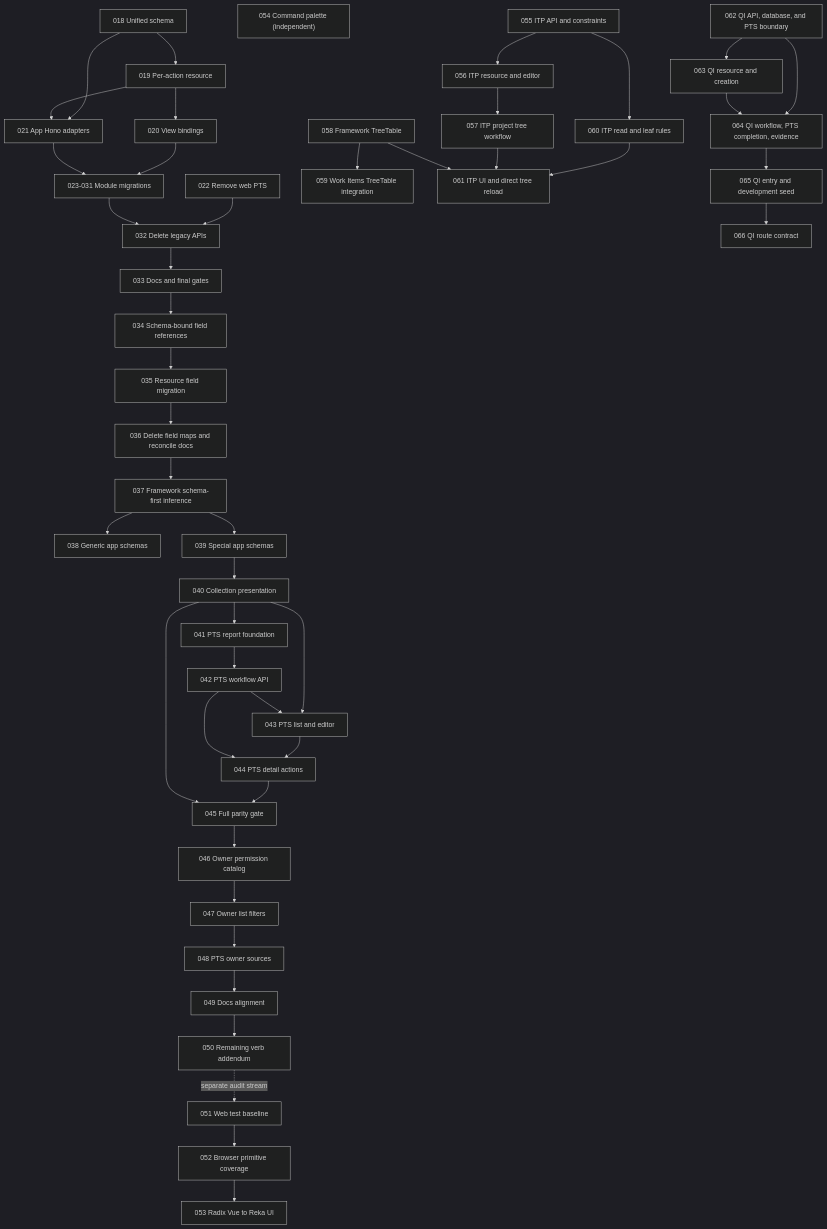
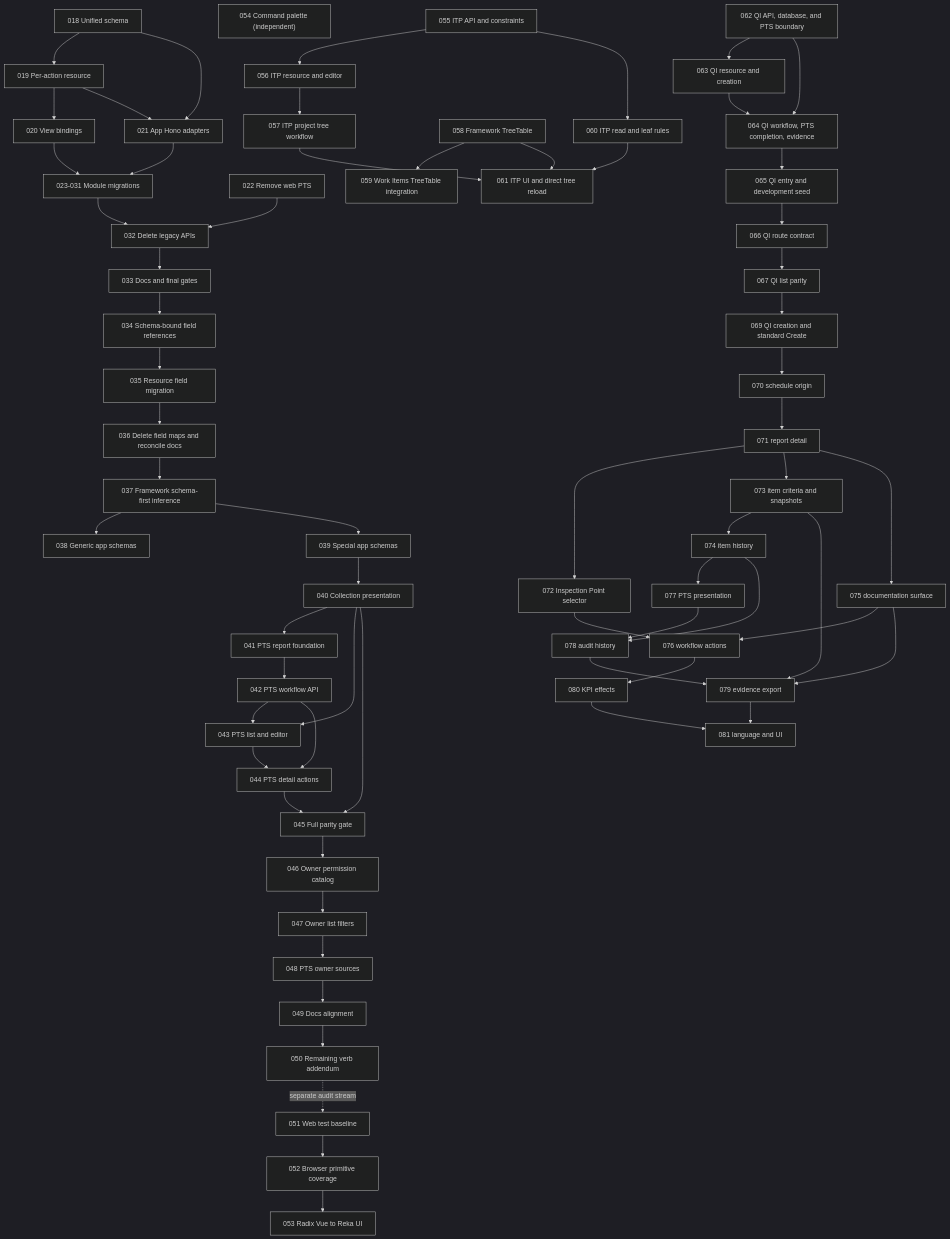
The diagram in plans/README.md (southneuhof/carta), drawn with Mermaid (dark theme) before and after one commit. The commit also changed other lines of this file and 48 other files, not shown here.

````diff
--- a/plans/README.md
+++ b/plans/README.md
@@ -94,48 +120,67 @@
 ```mermaid
 flowchart TD
   S["018 Unified schema"] --> R["019 Per-action resource"]
   R --> V["020 View bindings"]
   S --> H["021 App Hono adapters"]
   R --> H
   V --> M["023-031 Module migrations"]
   H --> M
   P["022 Remove web PTS"] --> C["032 Delete legacy APIs"]
   M --> C
   C --> D["033 Docs and final gates"]
   D --> F["034 Schema-bound field references"]
   F --> FM["035 Resource field migration"]
   FM --> FD["036 Delete field maps and reconcile docs"]
   FD --> Z["037 Framework schema-first inference"]
   Z --> ZG["038 Generic app schemas"]
   Z --> ZS["039 Special app schemas"]
   ZS --> C40["040 Collection presentation"]
   C40 --> P41["041 PTS report foundation"]
   P41 --> P42["042 PTS workflow API"]
   C40 --> P43["043 PTS list and editor"]
   P42 --> P43
   P43 --> P44["044 PTS detail actions"]
   P42 --> P44
   P44 --> P45["045 Full parity gate"]
   C40 --> P45
   P45 --> P46["046 Owner permission catalog"]
   P46 --> P47["047 Owner list filters"]
   P47 --> P48["048 PTS owner sources"]
   P48 --> P49["049 Docs alignment"]
   P49 --> P50["050 Remaining verb addendum"]
   P50 -. separate audit stream .-> B51["051 Web test baseline"]
   B51 --> B52["052 Browser primitive coverage"]
   B52 --> B53["053 Radix Vue to Reka UI"]
   CP54["054 Command palette (independent)"]
   I55["055 ITP API and constraints"] --> I56["056 ITP resource and editor"]
   I56 --> I57["057 ITP project tree workflow"]
   TT58["058 Framework TreeTable"] --> WI59["059 Work Items TreeTable integration"]
   I55 --> I60["060 ITP read and leaf rules"]
   I60 --> I61["061 ITP UI and direct tree reload"]
   I57 --> I61
   TT58 --> I61
   Q62["062 QI API, database, and PTS boundary"] --> Q63["063 QI resource and creation"]
   Q62 --> Q64["064 QI workflow, PTS completion, evidence"]
   Q63 --> Q64
   Q64 --> Q65["065 QI entry and development seed"]
   Q65 --> Q66["066 QI route contract"]
+  Q66 --> Q67["067 QI list parity"]
+  Q67 --> Q69["069 QI creation and standard Create"]
+  Q69 --> Q70["070 schedule origin"]
+  Q70 --> Q71["071 report detail"]
+  Q71 --> Q72["072 Inspection Point selector"]
+  Q71 --> Q73["073 item criteria and snapshots"]
+  Q73 --> Q74["074 item history"]
+  Q71 --> Q75["075 documentation surface"]
+  Q72 --> Q76["076 workflow actions"]
+  Q75 --> Q76
+  Q74 --> Q77["077 PTS presentation"]
+  Q74 --> Q78["078 audit history"]
+  Q77 --> Q78
+  Q73 --> Q79["079 evidence export"]
+  Q75 --> Q79
+  Q78 --> Q79
+  Q76 --> Q80["080 KPI effects"]
+  Q79 --> Q81["081 language and UI"]
+  Q80 --> Q81
 ```
````
